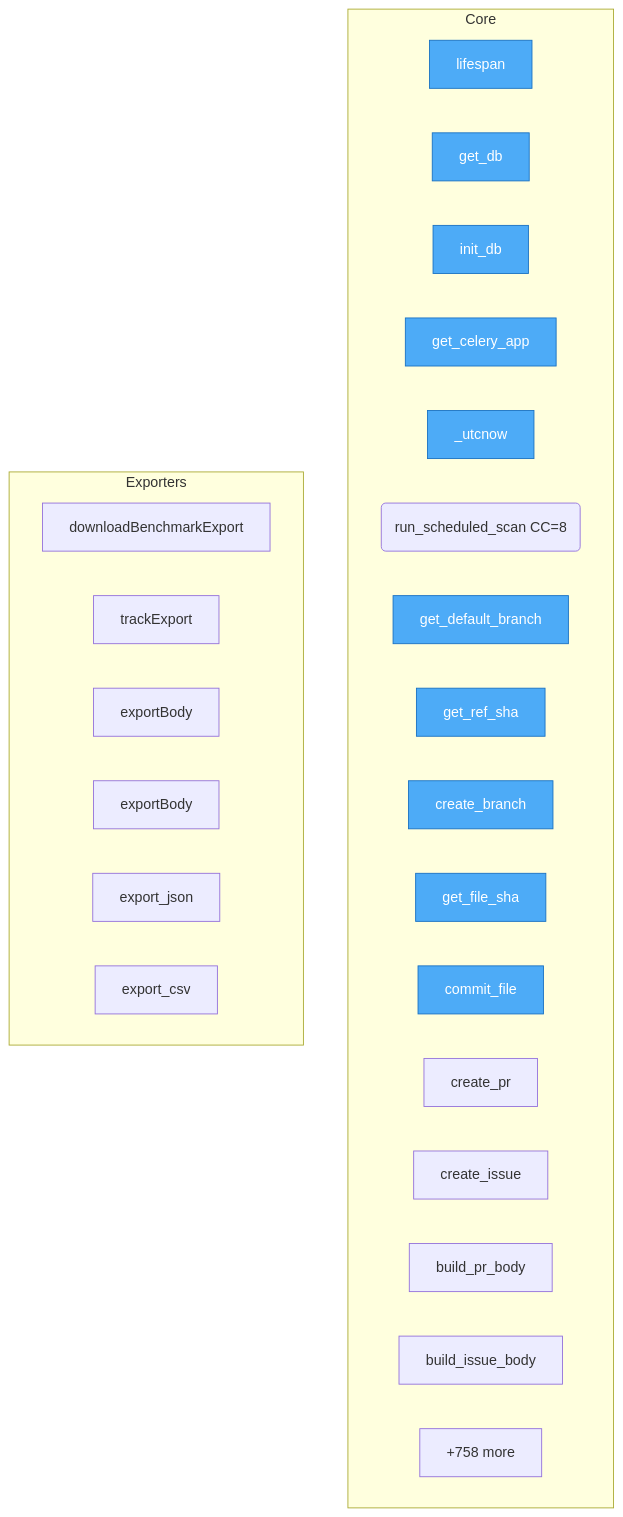
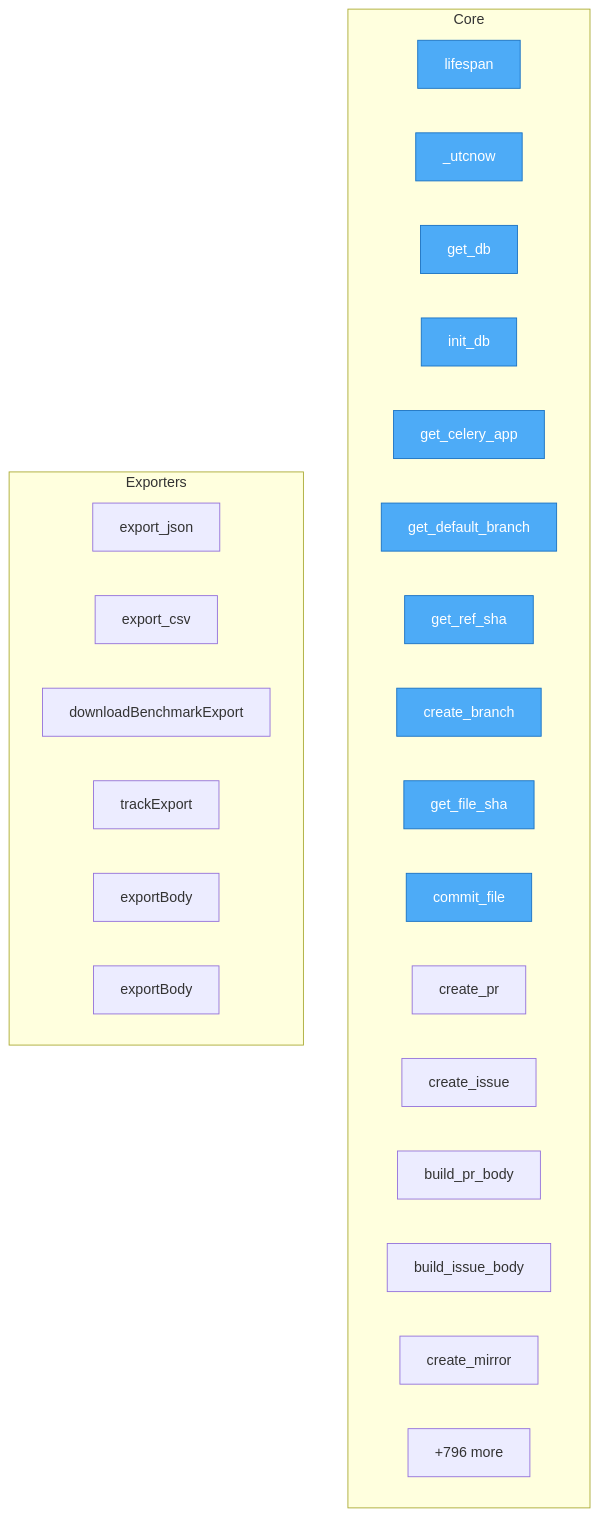
The diagram in project/flow.mmd (semcod/www), drawn with Mermaid before and after one commit. The commit also changed 50 other files, not shown here.

```diff
--- a/project/flow.mmd
+++ b/project/flow.mmd
@@ -1,34 +1,34 @@
 flowchart TD
 
     %% Entry points (blue)
     classDef entry fill:#4dabf7,stroke:#1971c2,color:#fff
 
     subgraph Core
         backend__server__lifespan["lifespan"]
+        backend__db_models___utcnow["_utcnow"]
         backend__db_session__get_db["get_db"]
         backend__db_session__init_db["init_db"]
         backend__worker__get_celery_app["get_celery_app"]
-        backend__db_models___utcnow["_utcnow"]
-        backend__scheduler__scan_job__run_scheduled_scan("run_scheduled_scan CC=8")
         backend__services__autopr_helpers__BranchManager__get_default_branch["get_default_branch"]
         backend__services__autopr_helpers__BranchManager__get_ref_sha["get_ref_sha"]
         backend__services__autopr_helpers__BranchManager__create_branch["create_branch"]
         backend__services__autopr_helpers__PatchApplier__get_file_sha["get_file_sha"]
         backend__services__autopr_helpers__PatchApplier__commit_file["commit_file"]
         backend__services__autopr_helpers__PRCreator__create_pr["create_pr"]
         backend__services__autopr_helpers__PRCreator__create_issue["create_issue"]
         backend__services__autopr_helpers__PRCreator__build_pr_body["build_pr_body"]
         backend__services__autopr_helpers__PRCreator__build_issue_body["build_issue_body"]
-        ...["+758 more"]
+        backend__services__mirror__MirrorService__create_mirror["create_mirror"]
+        ...["+796 more"]
     end
 
     subgraph Exporters
+        backend__routers__benchmark__export_json["export_json"]
+        backend__routers__benchmark__export_csv["export_csv"]
         frontend__src__api__downloadBenchmarkExport["downloadBenchmarkExport"]
         frontend__src__hooks__useBenchmarkTracking__trackExport["trackExport"]
         frontend__e2e__benchmark__spec__exportBody["exportBody"]
         frontend__e2e__system_integration__spec__exportBody["exportBody"]
-        backend__routers__benchmark__export_json["export_json"]
-        backend__routers__benchmark__export_csv["export_csv"]
     end
 
-    class backend__server__lifespan,backend__db_session__get_db,backend__db_session__init_db,backend__worker__get_celery_app,backend__db_models___utcnow,backend__services__autopr_helpers__BranchManager__get_default_branch,backend__services__autopr_helpers__BranchManager__get_ref_sha,backend__services__autopr_helpers__BranchManager__create_branch,backend__services__autopr_helpers__PatchApplier__get_file_sha,backend__services__autopr_helpers__PatchApplier__commit_file entry
+    class backend__server__lifespan,backend__db_models___utcnow,backend__db_session__get_db,backend__db_session__init_db,backend__worker__get_celery_app,backend__services__autopr_helpers__BranchManager__get_default_branch,backend__services__autopr_helpers__BranchManager__get_ref_sha,backend__services__autopr_helpers__BranchManager__create_branch,backend__services__autopr_helpers__PatchApplier__get_file_sha,backend__services__autopr_helpers__PatchApplier__commit_file entry
```
